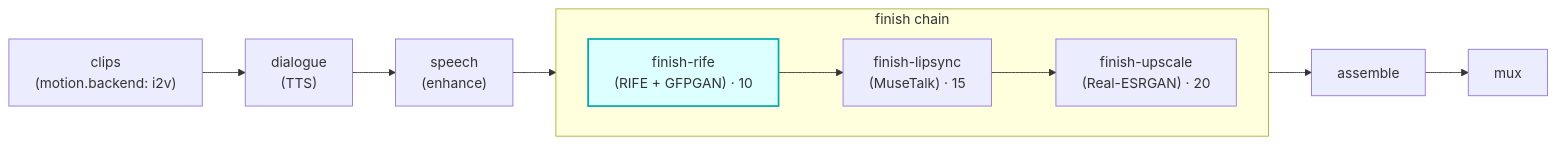
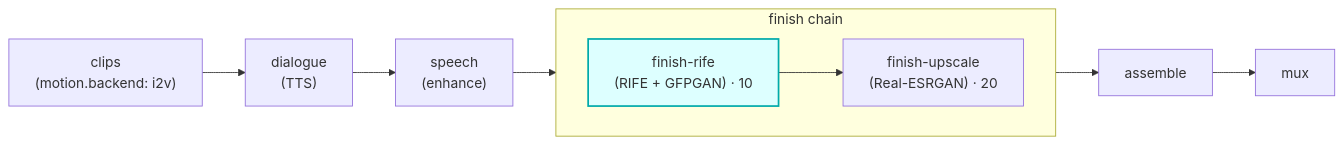
Before and after one commit to skyphusion-labs/vivijure-cf: the diagram in modules/finish-rife/README.md, drawn with Mermaid. The commit also changed other lines of this file and 96 other files, not shown here.

````diff
--- a/modules/finish-rife/README.md
+++ b/modules/finish-rife/README.md
@@ -12,19 +12,18 @@
 ```mermaid
 flowchart LR
   clips["clips<br/>(motion.backend: i2v)"]
   dlg["dialogue<br/>(TTS)"]
   sp["speech<br/>(enhance)"]
   subgraph finish["finish chain"]
     direction LR
     rife["finish-rife<br/>(RIFE + GFPGAN) · 10"]
-    ls["finish-lipsync<br/>(MuseTalk) · 15"]
     up["finish-upscale<br/>(Real-ESRGAN) · 20"]
   end
   asm["assemble"]
   mux["mux"]
 
   clips --> dlg --> sp --> rife
-  rife --> ls --> up --> asm --> mux
+  rife --> up --> asm --> mux
 
   style rife fill:#dff,stroke:#0aa,stroke-width:2px
 ```
````
